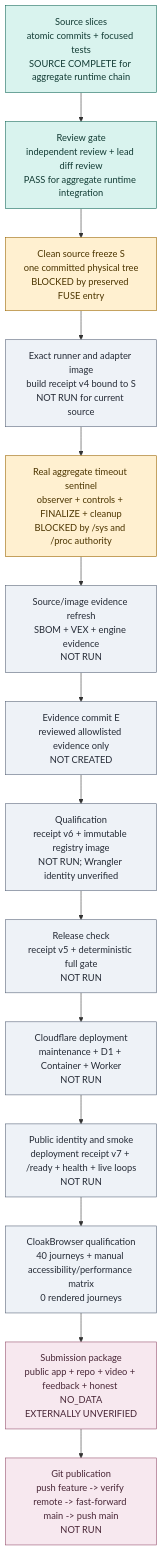
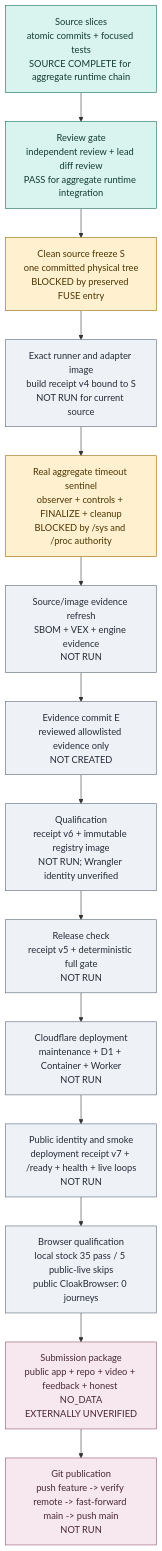
Before and after one commit to ALikesToCode/CounterLab: the first of 3 diagrams in docs/audits/counterlab-first-prize/19_RELEASE_DEPENDENCY_AND_REVIEW_GRAPH.md, drawn with Mermaid. The commit also changed other lines of this file and 1 other file, not shown here.

Commit message:
docs(release): record local browser matrix

````diff
--- a/docs/audits/counterlab-first-prize/19_RELEASE_DEPENDENCY_AND_REVIEW_GRAPH.md
+++ b/docs/audits/counterlab-first-prize/19_RELEASE_DEPENDENCY_AND_REVIEW_GRAPH.md
@@ -27,28 +33,28 @@
 ```mermaid
 flowchart TD
   A["Source slices<br/>atomic commits + focused tests<br/>SOURCE COMPLETE for aggregate runtime chain"]
   B["Review gate<br/>independent review + lead diff review<br/>PASS for aggregate runtime integration"]
   C["Clean source freeze S<br/>one committed physical tree<br/>BLOCKED by preserved FUSE entry"]
   D["Exact runner and adapter image<br/>build receipt v4 bound to S<br/>NOT RUN for current source"]
   E["Real aggregate timeout sentinel<br/>observer + controls + FINALIZE + cleanup<br/>BLOCKED by /sys and /proc authority"]
   F["Source/image evidence refresh<br/>SBOM + VEX + engine evidence<br/>NOT RUN"]
   G["Evidence commit E<br/>reviewed allowlisted evidence only<br/>NOT CREATED"]
   H["Qualification<br/>receipt v6 + immutable registry image<br/>NOT RUN; Wrangler identity unverified"]
   I["Release check<br/>receipt v5 + deterministic full gate<br/>NOT RUN"]
   J["Cloudflare deployment<br/>maintenance + D1 + Container + Worker<br/>NOT RUN"]
   K["Public identity and smoke<br/>deployment receipt v7 + /ready + health + live loops<br/>NOT RUN"]
-  L["CloakBrowser qualification<br/>40 journeys + manual accessibility/performance matrix<br/>0 rendered journeys"]
+  L["Browser qualification<br/>local stock 35 pass / 5 public-live skips<br/>public CloakBrowser: 0 journeys"]
   M["Submission package<br/>public app + repo + video + feedback + honest NO_DATA<br/>EXTERNALLY UNVERIFIED"]
   N["Git publication<br/>push feature -> verify remote -> fast-forward main -> push main<br/>NOT RUN"]
 
   A --> B --> C --> D --> E --> F --> G --> H --> I --> J --> K --> L --> M --> N
 
   classDef pass fill:#d9f3ee,stroke:#176b5b,color:#123b34;
   classDef blocked fill:#fff0d0,stroke:#9a6500,color:#4c3500;
   classDef pending fill:#eef2f7,stroke:#596579,color:#252b36;
   classDef external fill:#f7e8ef,stroke:#95506d,color:#482636;
   class A,B pass;
   class C,E blocked;
   class D,F,G,H,I,J,K,L pending;
   class M,N external;
 ```
````
